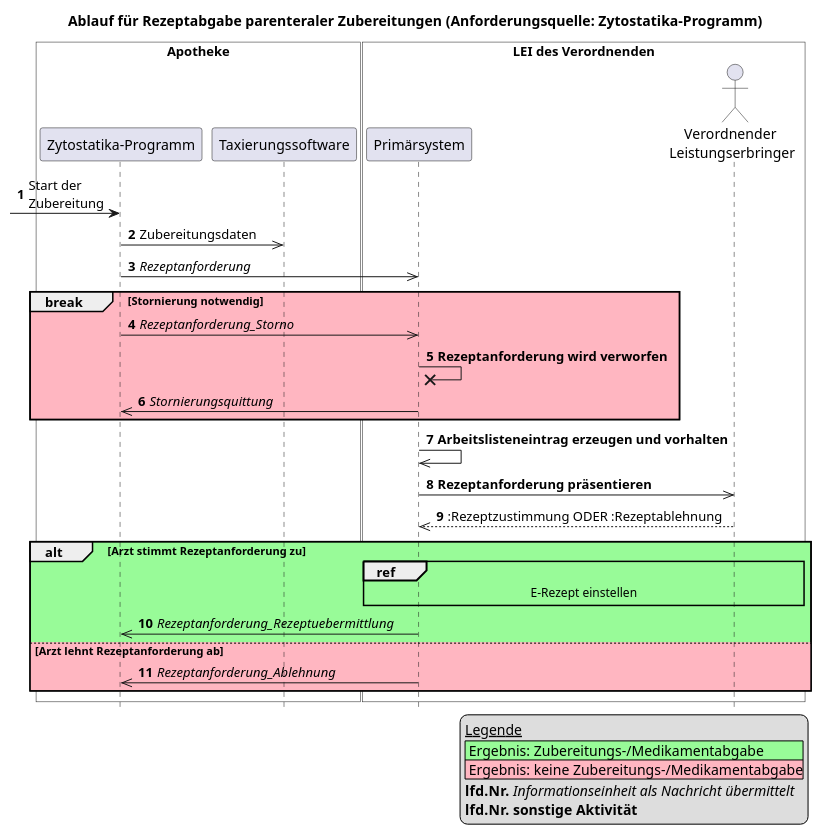
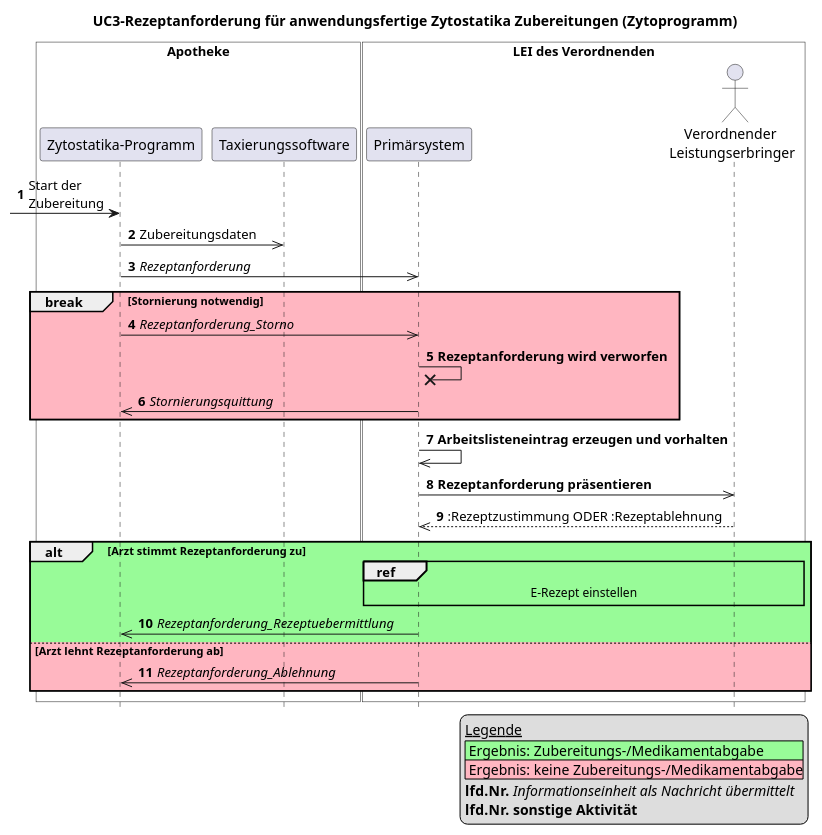
One commit to gematik/spec-E-Rezept-ServiceRequest changed the diagram in Resources/puml/gemF_eRp_KIM/UC3-rezeptanforderung-zytostatika-zytoprogramm.puml. Above: the diagram before and after it, drawn with PlantUML. The commit also changed 5 other files, not shown here.

```diff
--- a/Resources/puml/gemF_eRp_KIM/UC3-rezeptanforderung-zytostatika-zytoprogramm.puml
+++ b/Resources/puml/gemF_eRp_KIM/UC3-rezeptanforderung-zytostatika-zytoprogramm.puml
@@ -1,54 +1,54 @@
-@startuml name = "Rezeptanforderung-Zytostatika Programm"
+@startuml name = "UC3-Rezeptanforderung-Zytostatika Programm"
 
 
 skinparam maxMessageSize 300
 
-title Ablauf für Rezeptabgabe parenteraler Zubereitungen (Anforderungsquelle: Zytostatika-Programm)
+title UC3-Rezeptanforderung für anwendungsfertige Zytostatika Zubereitungen (Zytoprogramm)
 hide footbox
 autonumber
 
 box "Apotheke" #White
     participant "Zytostatika-Programm" as Zytoprogramm
     participant "Taxierungssoftware" as Taxierungssoftware
 end box
 
 box "LEI des Verordnenden" #White
     participant "Primärsystem" as PS
     actor "Verordnender \nLeistungserbringer" as Arzt
 end box
 
 legend bottom right
     __Legende__
     |<#PaleGreen> Ergebnis: Zubereitungs-/Medikamentabgabe|
     |<#LightPink> Ergebnis: keine Zubereitungs-/Medikamentabgabe|
     **lfd.Nr.** //Informationseinheit als Nachricht übermittelt//
     **lfd.Nr.** **sonstige Aktivität**
 endlegend
 
 ?-> Zytoprogramm: Start der \nZubereitung
 
 Zytoprogramm ->> Taxierungssoftware: Zubereitungsdaten
 
 Zytoprogramm ->> PS: //Rezeptanforderung//
 
 break #LightPink Stornierung notwendig
     Zytoprogramm ->> PS: //Rezeptanforderung_Storno//
     PS ->x PS: **Rezeptanforderung wird verworfen**
     PS ->> Zytoprogramm: //Stornierungsquittung//
 end
 
 PS ->> PS: **Arbeitslisteneintrag erzeugen und vorhalten**
 
 PS ->> Arzt: **Rezeptanforderung präsentieren**
 return :Rezeptzustimmung ODER :Rezeptablehnung
 
 alt #PaleGreen Arzt stimmt Rezeptanforderung zu
     ref over Arzt, PS #lightyellow
         E-Rezept einstellen
     end ref
     PS ->> Zytoprogramm: //Rezeptanforderung_Rezeptuebermittlung//
 else #LightPink Arzt lehnt Rezeptanforderung ab
     PS ->> Zytoprogramm: //Rezeptanforderung_Ablehnung//
 end
 
 @enduml
```
